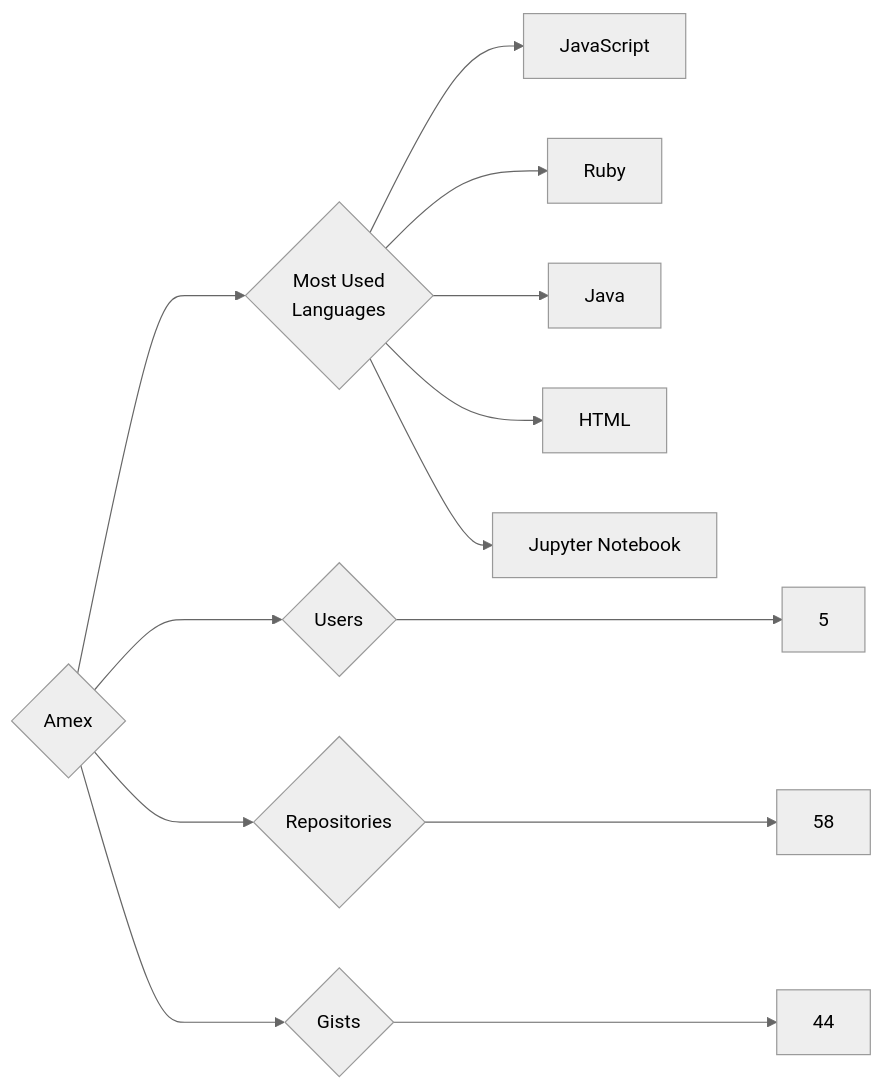
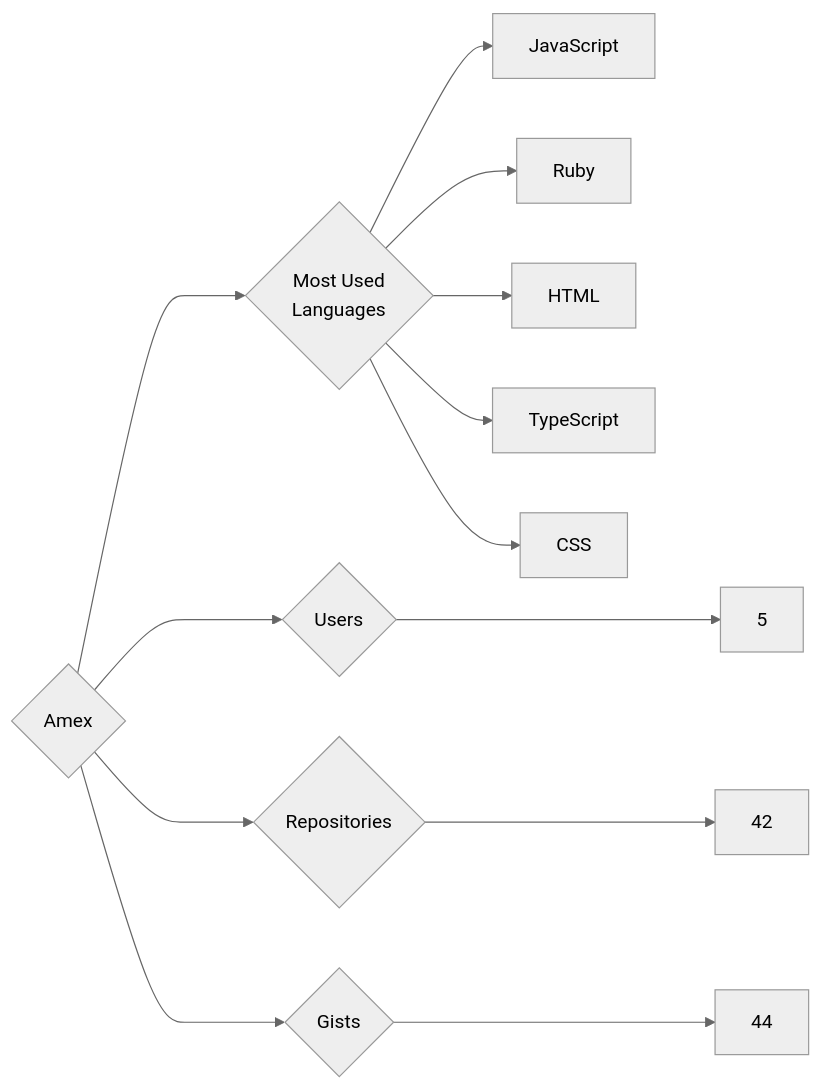
The diagram in targets/Amex/README.md (trickest/insiders), drawn with Mermaid (neutral theme) before and after one commit. The commit also changed 1007 other files, not shown here.

````diff
--- a/targets/Amex/README.md
+++ b/targets/Amex/README.md
@@ -3,13 +3,13 @@
 ```mermaid
 graph LR
 COMPANY_NAME{Amex}
 COMPANY_NAME ---> U{Users} ---> UN[5]
-COMPANY_NAME ---> R{Repositories} ---> RN[58]
+COMPANY_NAME ---> R{Repositories} ---> RN[42]
 COMPANY_NAME ---> G{Gists} ---> GN[44]
 COMPANY_NAME ---> ML{Most Used<br>Languages}
 ML --> JavaScript[JavaScript]
 ML --> Ruby[Ruby]
-ML --> Java[Java]
 ML --> HTML[HTML]
-ML --> Jupyter_Notebook[Jupyter Notebook]
+ML --> TypeScript[TypeScript]
+ML --> CSS[CSS]
 ```
````
